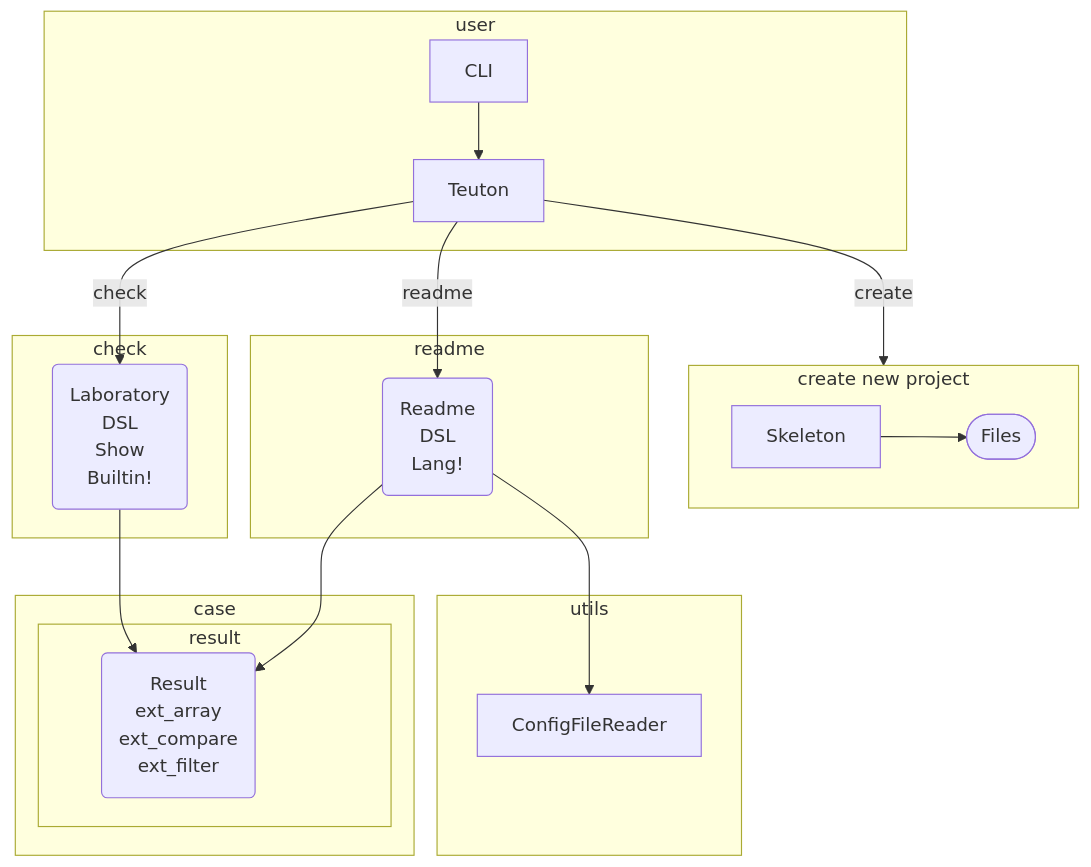
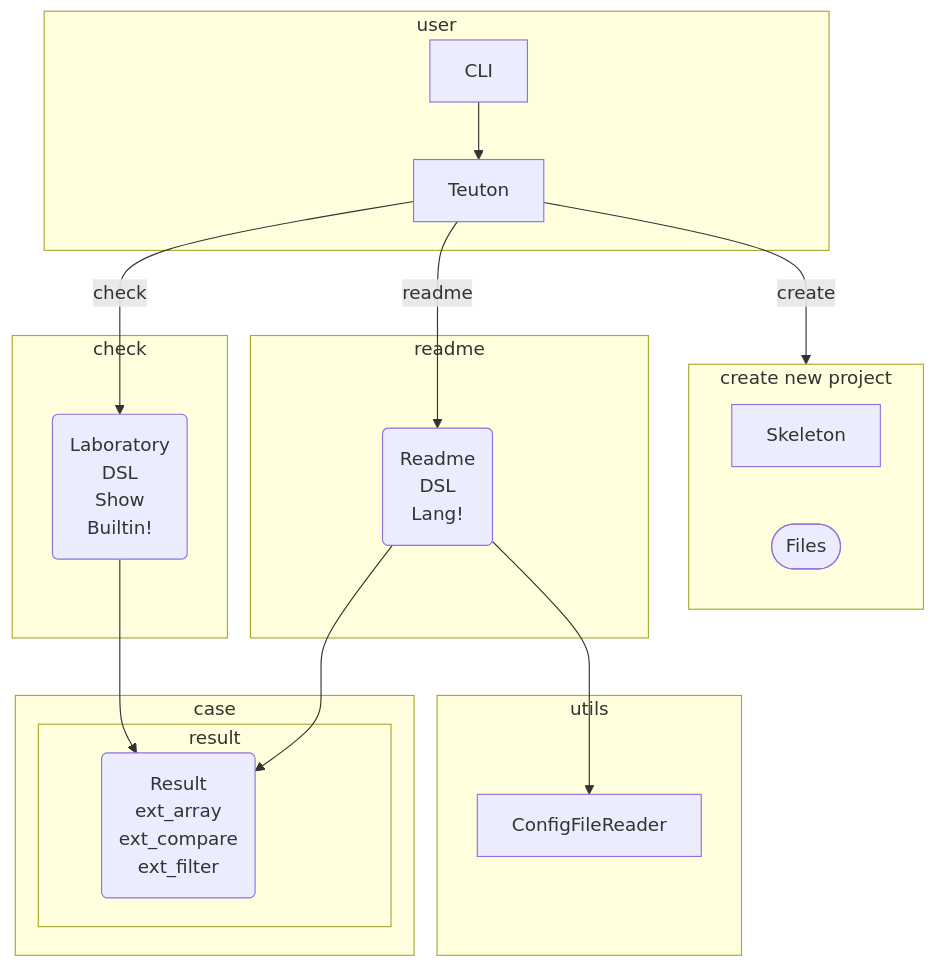
The first of 2 diagrams in docs/diagram.md (teuton-software/teuton), drawn with Mermaid before and after one commit.

````diff
--- a/docs/diagram.md
+++ b/docs/diagram.md
@@ -5,33 +5,33 @@
 ```mermaid
 flowchart TB
 
 subgraph user
   CLI --> Teuton
 end
 
 subgraph "create new project"
   direction LR
   Teuton -- create --> Skeleton
-  Skeleton --> Files([Files])
+  Files([Files])
 end
 
 subgraph check
   Teuton -- check --> Laboratory("Laboratory\nDSL\nShow\nBuiltin!")
 end
 
 subgraph readme
   Teuton -- readme --> Readme("Readme\nDSL\nLang!")
 end
 
 subgraph case
 
   subgraph result
     Laboratory --> Result
     Readme --> Result("Result\next_array\next_compare\next_filter")
   end
 end
 
 subgraph utils
   Readme --> ConfigFileReader
 end
 ```
````
